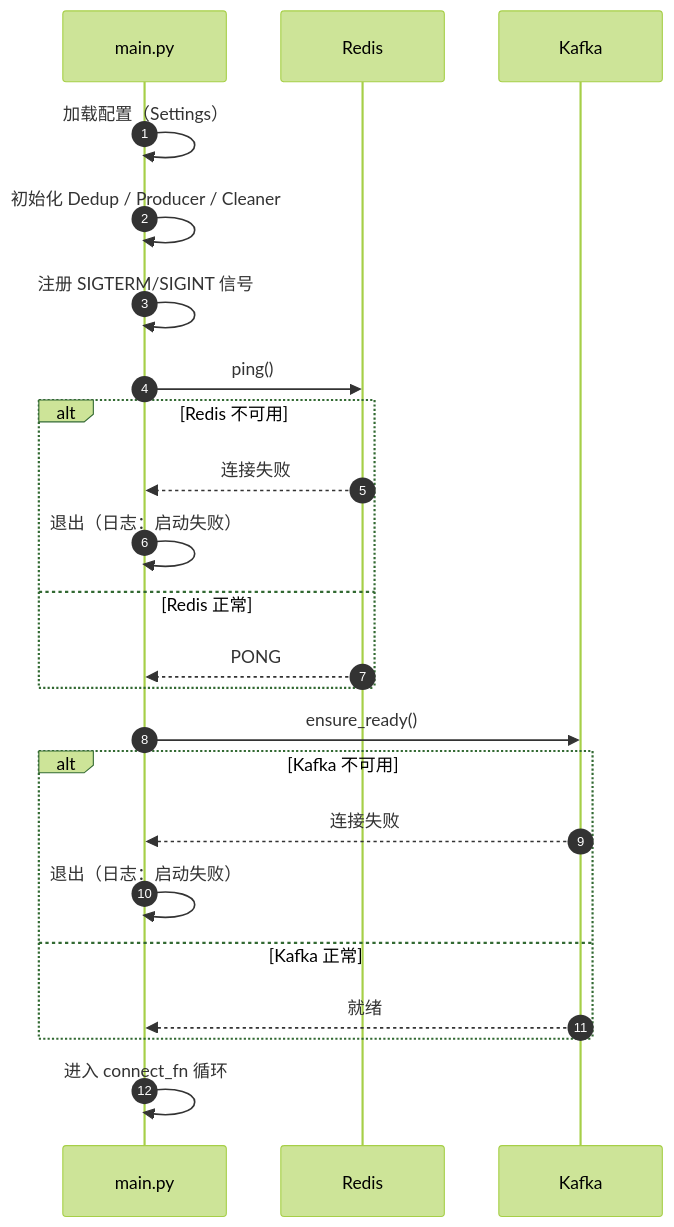
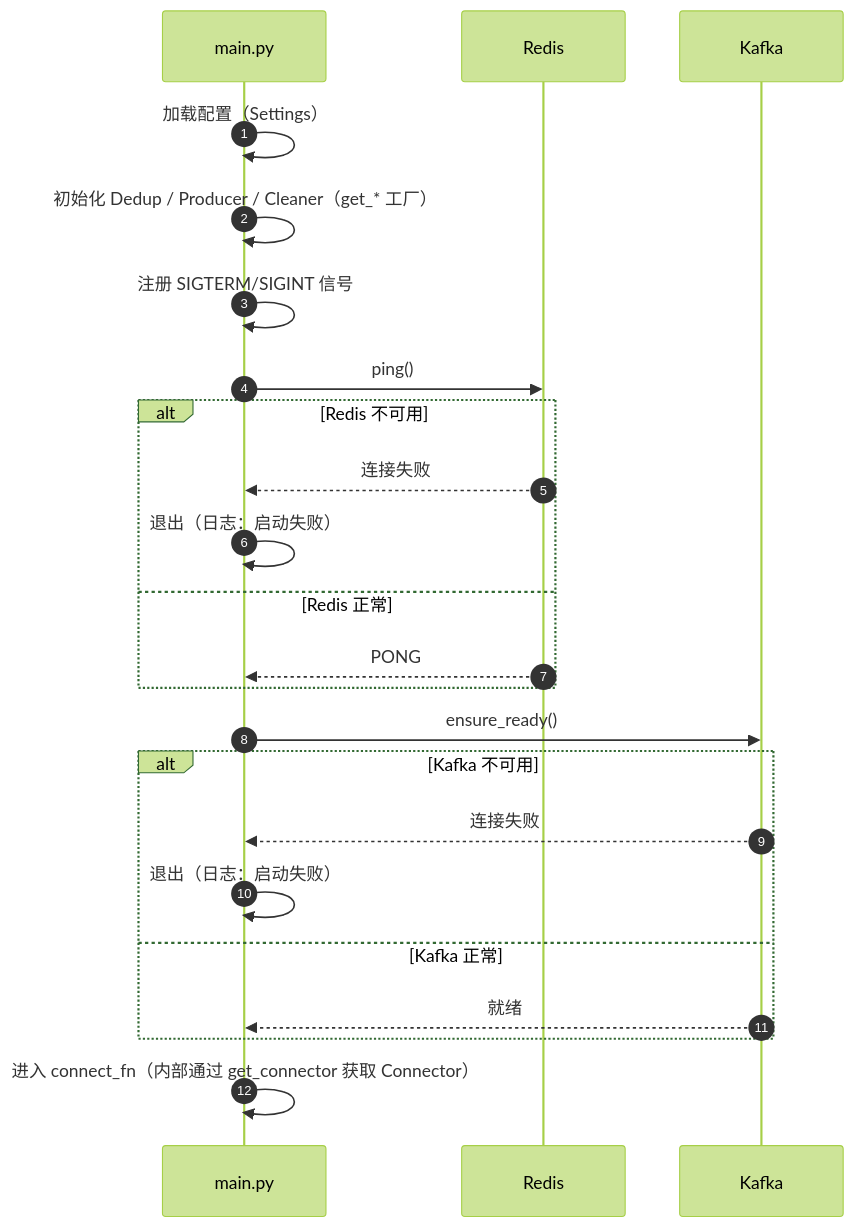
The second of 6 diagrams in docs/architecture.md (xiaodouya001/transcribe_service), drawn with Mermaid (forest theme) before and after one commit. The commit also changed other lines of this file and 3 other files, not shown here.

Commit message:
Refactor connector creation by introducing a factory method `get_connector` to streamline the instantiation of `SseConnector` and `WebSocketConnector` based on settings. Update architecture documentation to reflect changes in initialization processes and enhance clarity on connector usage.

````diff
--- a/docs/architecture.md
+++ b/docs/architecture.md
@@ -72,29 +72,29 @@
 ```mermaid
 sequenceDiagram
     autonumber
     participant Main as main.py
     participant Redis as Redis
     participant Kafka as Kafka
 
     Main->>Main: 加载配置（Settings）
-    Main->>Main: 初始化 Dedup / Producer / Cleaner
+    Main->>Main: 初始化 Dedup / Producer / Cleaner（get_* 工厂）
     Main->>Main: 注册 SIGTERM/SIGINT 信号
 
     Main->>Redis: ping()
     alt Redis 不可用
         Redis-->>Main: 连接失败
         Main->>Main: 退出（日志：启动失败）
     else Redis 正常
         Redis-->>Main: PONG
     end
 
     Main->>Kafka: ensure_ready()
     alt Kafka 不可用
         Kafka-->>Main: 连接失败
         Main->>Main: 退出（日志：启动失败）
     else Kafka 正常
         Kafka-->>Main: 就绪
     end
 
-    Main->>Main: 进入 connect_fn 循环
+    Main->>Main: 进入 connect_fn（内部通过 get_connector 获取 Connector）
 ```
````
